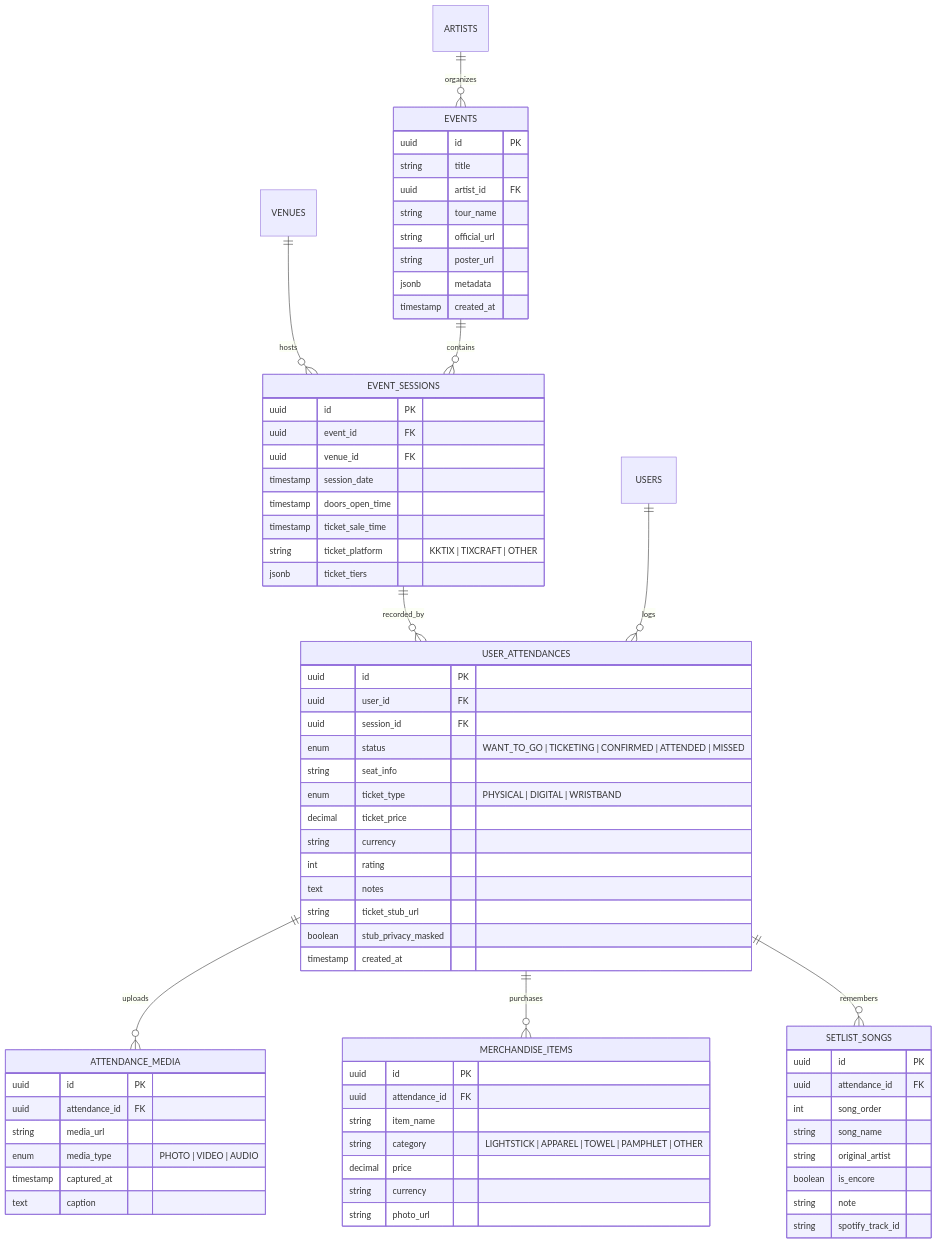
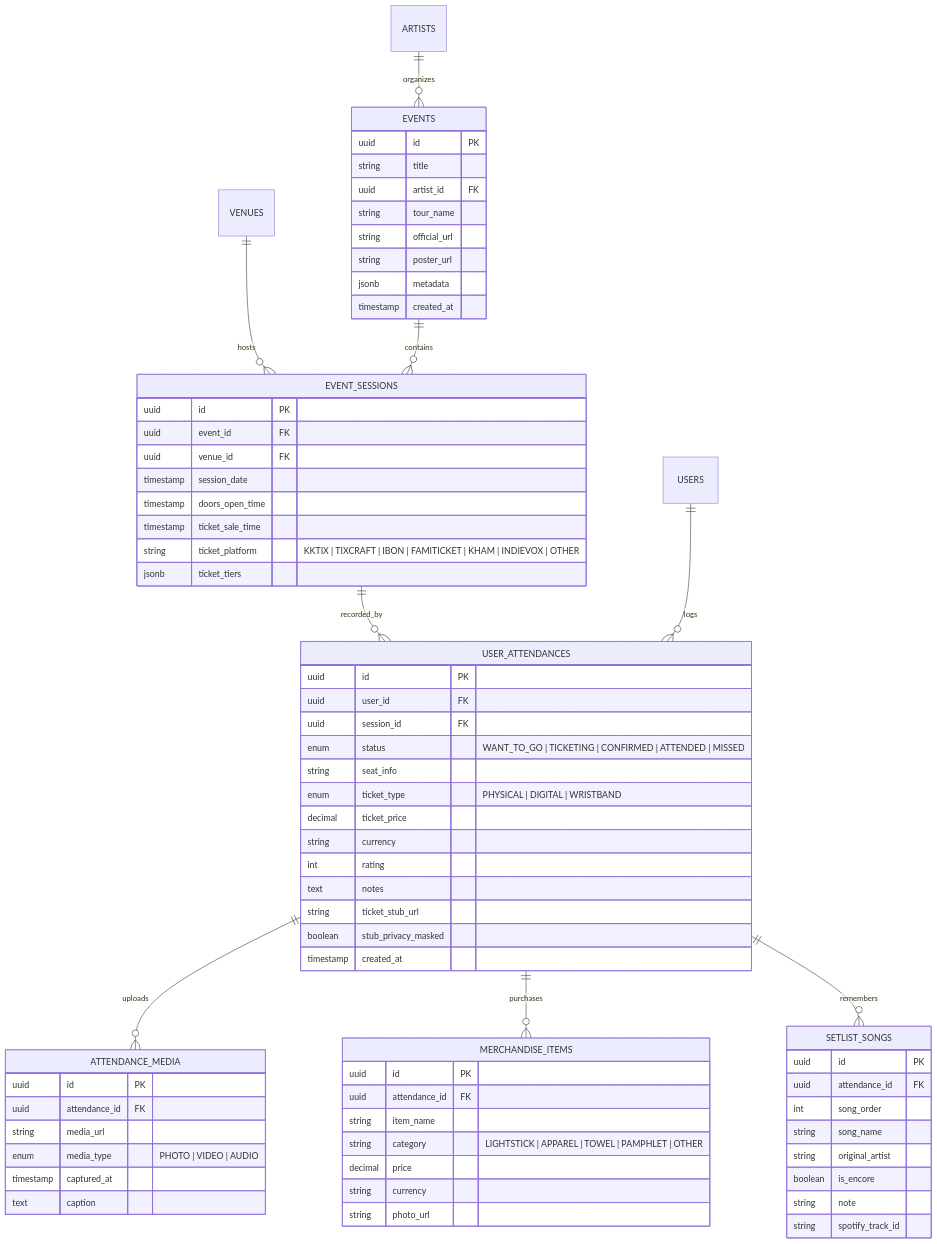
Before and after one commit to saijo0404/stubbook: the diagram in ARCHITECTURE.md, drawn with Mermaid. The commit also changed other lines of this file and 9 other files, not shown here.

````diff
--- a/ARCHITECTURE.md
+++ b/ARCHITECTURE.md
@@ -82,79 +91,79 @@
 ```mermaid
 erDiagram
     ARTISTS ||--o{ EVENTS : organizes
     VENUES ||--o{ EVENT_SESSIONS : hosts
     EVENTS ||--o{ EVENT_SESSIONS : contains
     EVENT_SESSIONS ||--o{ USER_ATTENDANCES : recorded_by
     USERS ||--o{ USER_ATTENDANCES : logs
     USER_ATTENDANCES ||--o{ ATTENDANCE_MEDIA : uploads
     USER_ATTENDANCES ||--o{ MERCHANDISE_ITEMS : purchases
     USER_ATTENDANCES ||--o{ SETLIST_SONGS : remembers
 
     EVENTS {
         uuid id PK
         string title
         uuid artist_id FK
         string tour_name
         string official_url
         string poster_url
         jsonb metadata
         timestamp created_at
     }
 
     EVENT_SESSIONS {
         uuid id PK
         uuid event_id FK
         uuid venue_id FK
         timestamp session_date
         timestamp doors_open_time
         timestamp ticket_sale_time
-        string ticket_platform "KKTIX | TIXCRAFT | OTHER"
+        string ticket_platform "KKTIX | TIXCRAFT | IBON | FAMITICKET | KHAM | INDIEVOX | OTHER"
         jsonb ticket_tiers
     }
 
     USER_ATTENDANCES {
         uuid id PK
         uuid user_id FK
         uuid session_id FK
         enum status "WANT_TO_GO | TICKETING | CONFIRMED | ATTENDED | MISSED"
         string seat_info
         enum ticket_type "PHYSICAL | DIGITAL | WRISTBAND"
         decimal ticket_price
         string currency
         int rating
         text notes
         string ticket_stub_url
         boolean stub_privacy_masked
         timestamp created_at
     }
 
     MERCHANDISE_ITEMS {
         uuid id PK
         uuid attendance_id FK
         string item_name
         string category "LIGHTSTICK | APPAREL | TOWEL | PAMPHLET | OTHER"
         decimal price
         string currency
         string photo_url
     }
 
     ATTENDANCE_MEDIA {
         uuid id PK
         uuid attendance_id FK
         string media_url
         enum media_type "PHOTO | VIDEO | AUDIO"
         timestamp captured_at
         text caption
     }
 
     SETLIST_SONGS {
         uuid id PK
         uuid attendance_id FK
         int song_order
         string song_name
         string original_artist
         boolean is_encore
         string note
         string spotify_track_id
     }
 ```
````
